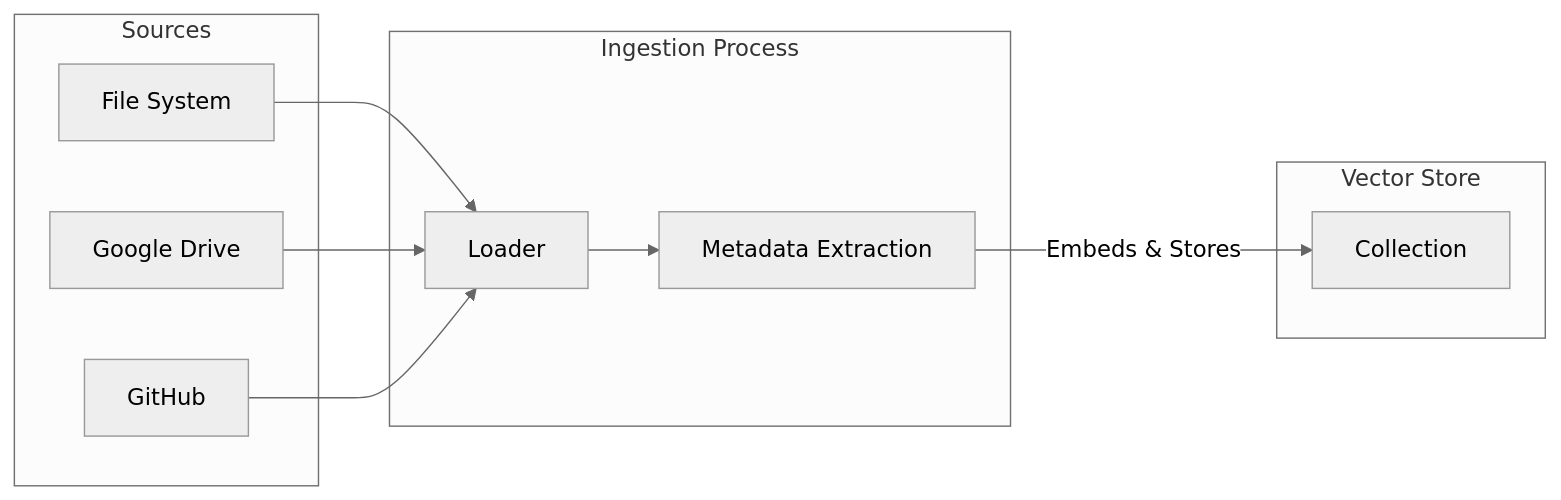
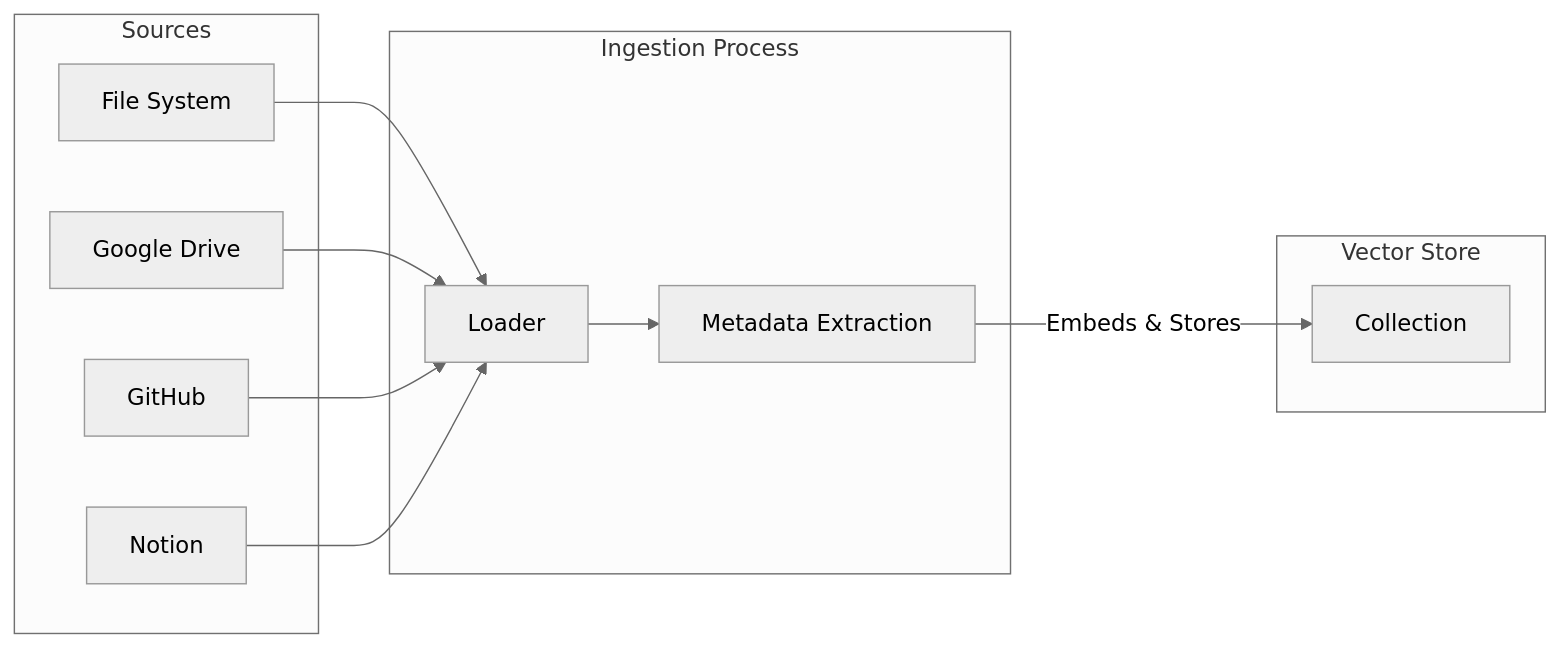
Before and after one commit to mehrdadrad/radops: the first of 2 diagrams in docs/integrations_guide.md, drawn with Mermaid (neutral theme). The commit also changed 3 other files, not shown here.

````diff
--- a/docs/integrations_guide.md
+++ b/docs/integrations_guide.md
@@ -9,21 +9,23 @@
 ```mermaid
 flowchart LR
     subgraph Sources
         FS[File System]
         GD[Google Drive]
         GH[GitHub]
+        Notion[Notion]
     end
 
     subgraph Process["Ingestion Process"]
         Loader[Loader] --> Meta[Metadata Extraction]
     end
 
     subgraph DB["Vector Store"]
         Coll[Collection]
     end
 
     FS --> Loader
     GD --> Loader
     GH --> Loader
+    Notion --> Loader
     Meta -->|Embeds & Stores| Coll
 ```
````
